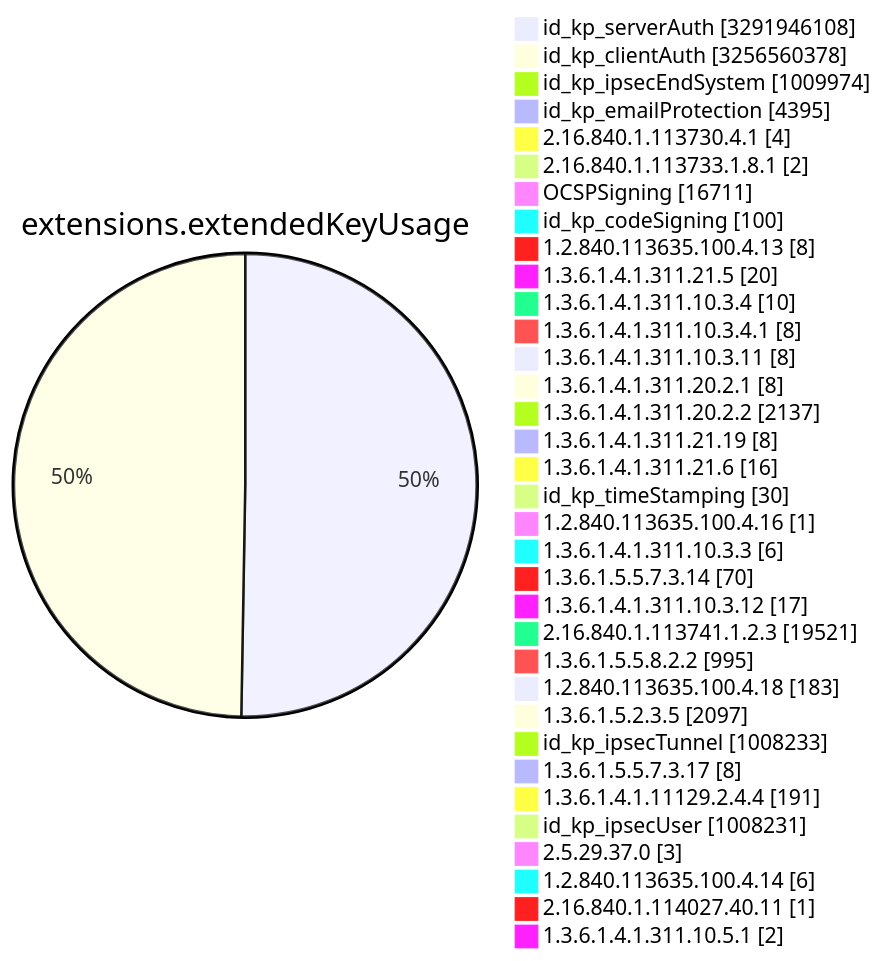
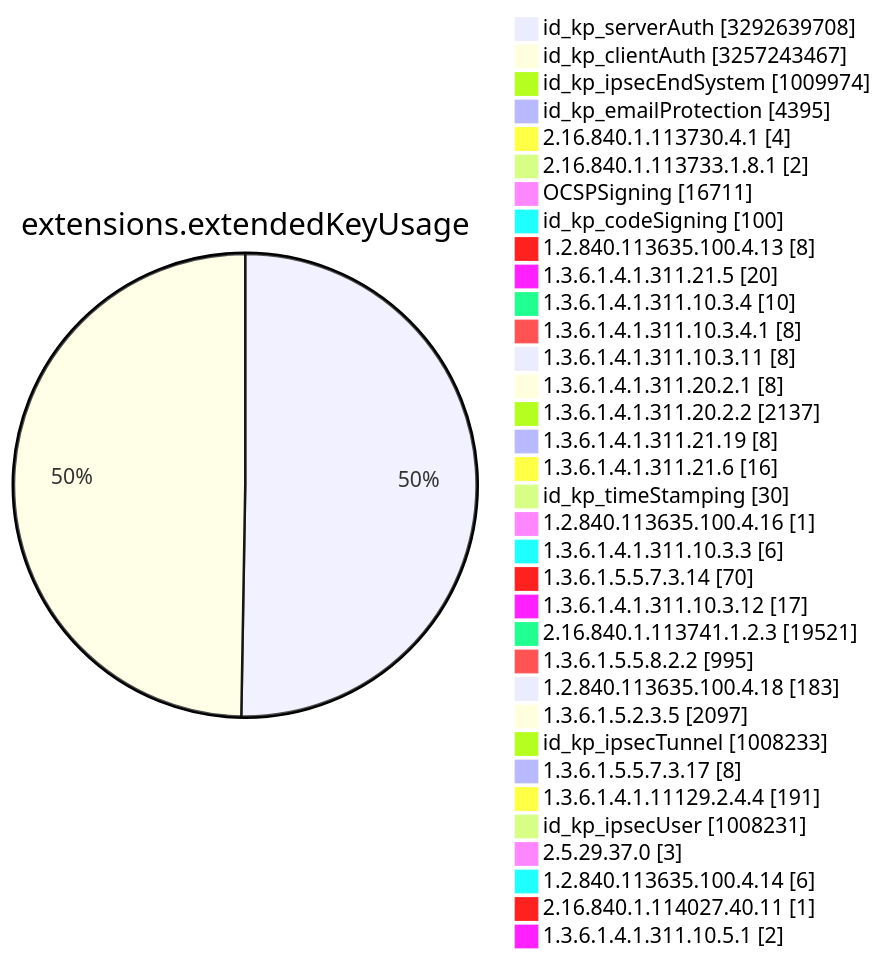
One commit to christiankrug/ctmonitor_visualization changed diagram 11 of 15 in TOTAL/README.md. Above: the diagram before and after it, drawn with Mermaid. The commit also changed other lines of this file, not shown here.

````diff
--- a/TOTAL/README.md
+++ b/TOTAL/README.md
@@ -4120,38 +4120,38 @@
 ```mermaid
 pie showData
 title extensions.extendedKeyUsage
-"id_kp_serverAuth" :3291946108
-"id_kp_clientAuth" :3256560378
+"id_kp_serverAuth" :3292639708
+"id_kp_clientAuth" :3257243467
 "id_kp_ipsecEndSystem" :1009974
 "id_kp_emailProtection" :4395
 "2.16.840.1.113730.4.1" :4
 "2.16.840.1.113733.1.8.1" :2
 "OCSPSigning" :16711
 "id_kp_codeSigning" :100
 "1.2.840.113635.100.4.13" :8
 "1.3.6.1.4.1.311.21.5" :20
 "1.3.6.1.4.1.311.10.3.4" :10
 "1.3.6.1.4.1.311.10.3.4.1" :8
 "1.3.6.1.4.1.311.10.3.11" :8
 "1.3.6.1.4.1.311.20.2.1" :8
 "1.3.6.1.4.1.311.20.2.2" :2137
 "1.3.6.1.4.1.311.21.19" :8
 "1.3.6.1.4.1.311.21.6" :16
 "id_kp_timeStamping" :30
 "1.2.840.113635.100.4.16" :1
 "1.3.6.1.4.1.311.10.3.3" :6
 "1.3.6.1.5.5.7.3.14" :70
 "1.3.6.1.4.1.311.10.3.12" :17
 "2.16.840.1.113741.1.2.3" :19521
 "1.3.6.1.5.5.8.2.2" :995
 "1.2.840.113635.100.4.18" :183
 "1.3.6.1.5.2.3.5" :2097
 "id_kp_ipsecTunnel" :1008233
 "1.3.6.1.5.5.7.3.17" :8
 "1.3.6.1.4.1.11129.2.4.4" :191
 "id_kp_ipsecUser" :1008231
 "2.5.29.37.0" :3
 "1.2.840.113635.100.4.14" :6
 "2.16.840.1.114027.40.11" :1
 "1.3.6.1.4.1.311.10.5.1" :2
 ```
````
